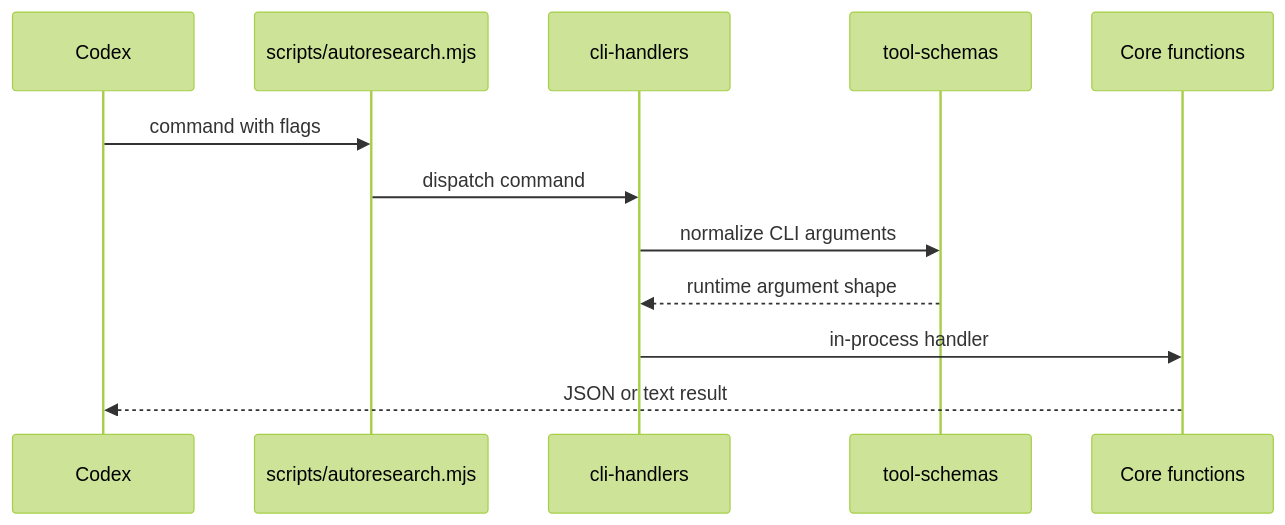
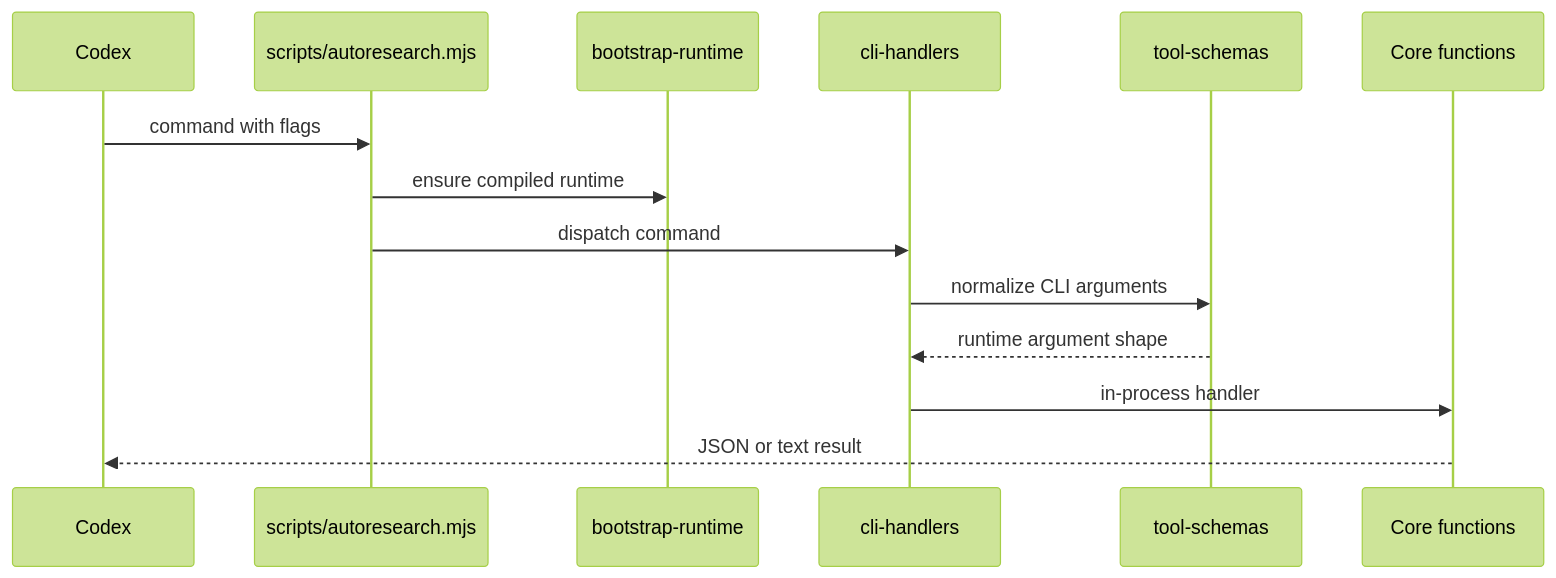
One commit to TheGreenCedar/codex-autoresearch changed the seventh of 8 diagrams in plugins/codex-autoresearch/docs/architecture.md. Above: the diagram before and after it, drawn with Mermaid (forest theme). The commit also changed other lines of this file and 17 other files, not shown here.

````diff
--- a/plugins/codex-autoresearch/docs/architecture.md
+++ b/plugins/codex-autoresearch/docs/architecture.md
@@ -81,15 +126,17 @@
 ```mermaid
 sequenceDiagram
   participant Codex
   participant CLI as scripts/autoresearch.mjs
+  participant Bootstrap as bootstrap-runtime
   participant Handlers as cli-handlers
   participant Schema as tool-schemas
   participant Core as Core functions
 
   Codex->>CLI: command with flags
+  CLI->>Bootstrap: ensure compiled runtime
   CLI->>Handlers: dispatch command
   Handlers->>Schema: normalize CLI arguments
   Schema-->>Handlers: runtime argument shape
   Handlers->>Core: in-process handler
   Core-->>Codex: JSON or text result
 ```
````
